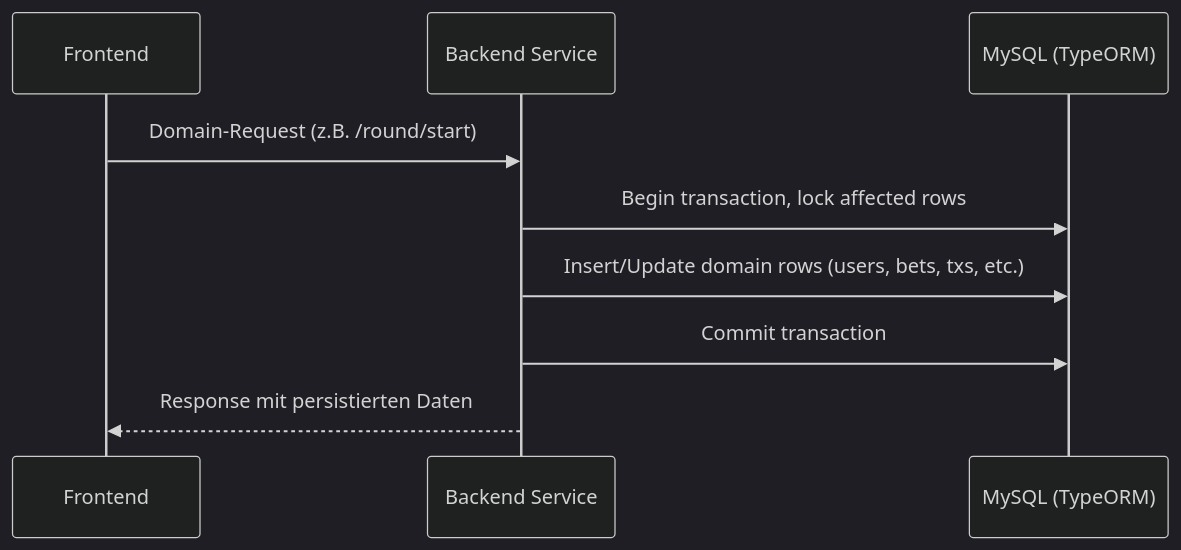
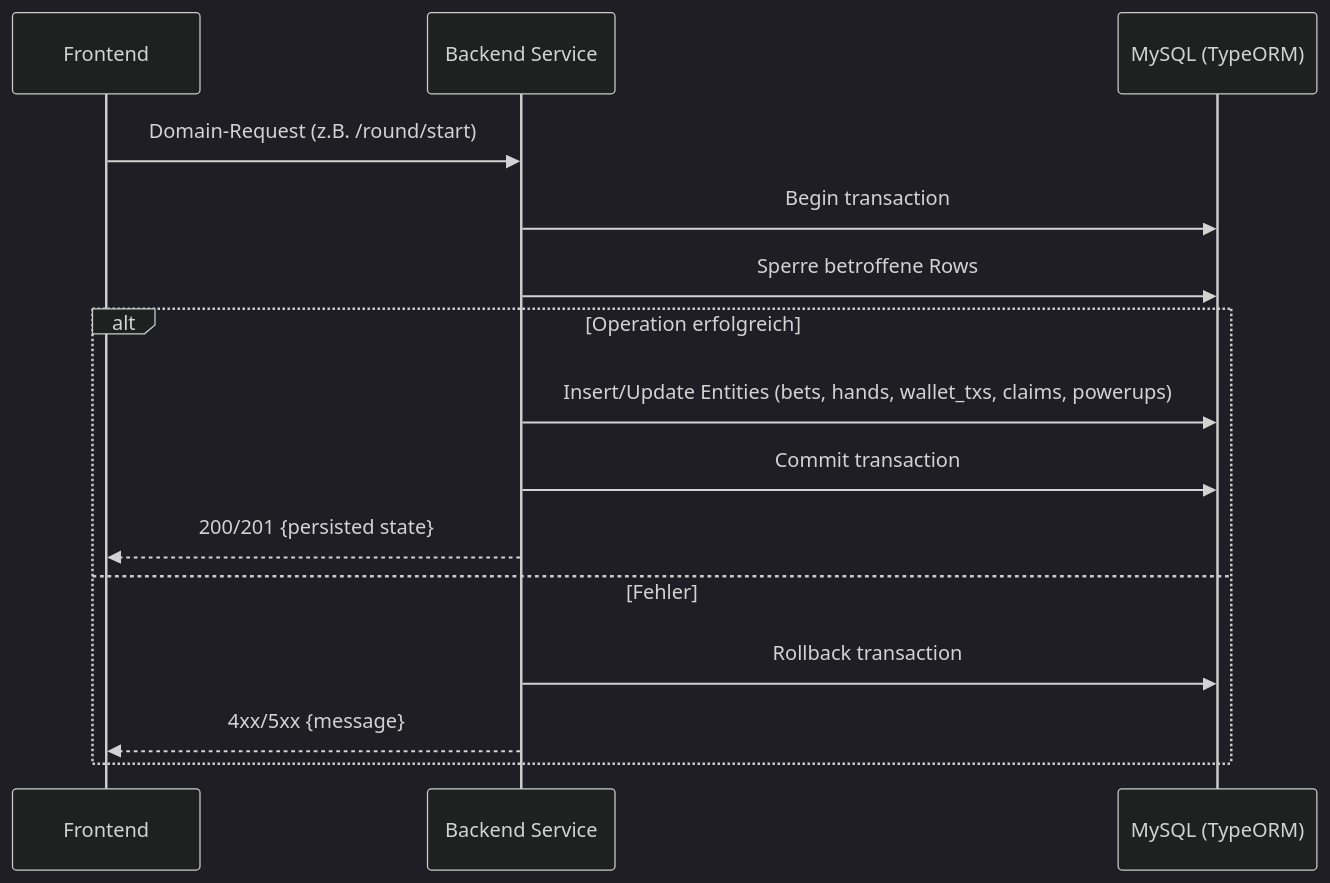
One commit to JustinKaram14/BetCeption changed the first of 2 diagrams in docs/UseCases/UC10_Daten_persistieren.md. Above: the diagram before and after it, drawn with Mermaid (dark theme). The commit also changed other lines of this file and 57 other files, not shown here.

Commit message:
Mermaid Diagramme, UCRS ergänzt und erstellt, pngs gelöscht

````diff
--- a/docs/UseCases/UC10_Daten_persistieren.md
+++ b/docs/UseCases/UC10_Daten_persistieren.md
@@ -21,11 +34,18 @@
 ```mermaid
 sequenceDiagram
   participant FE as Frontend
   participant API as Backend Service
   participant DB as MySQL (TypeORM)
+
   FE->>API: Domain-Request (z.B. /round/start)
-  API->>DB: Begin transaction, lock affected rows
-  API->>DB: Insert/Update domain rows (users, bets, txs, etc.)
-  API->>DB: Commit transaction
-  API-->>FE: Response mit persistierten Daten
+  API->>DB: Begin transaction
+  API->>DB: Sperre betroffene Rows
+  alt Operation erfolgreich
+    API->>DB: Insert/Update Entities (bets, hands, wallet_txs, claims, powerups)
+    API->>DB: Commit transaction
+    API-->>FE: 200/201 {persisted state}
+  else Fehler
+    API->>DB: Rollback transaction
+    API-->>FE: 4xx/5xx {message}
+  end
 ```
````
